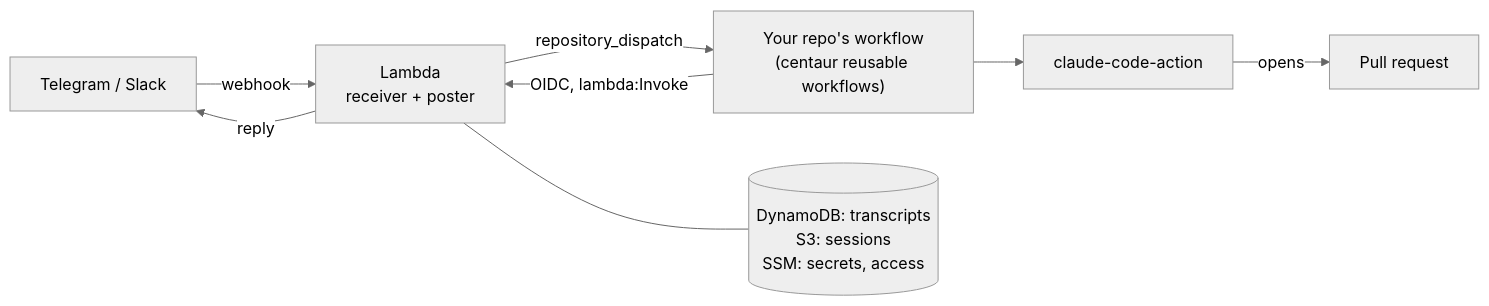
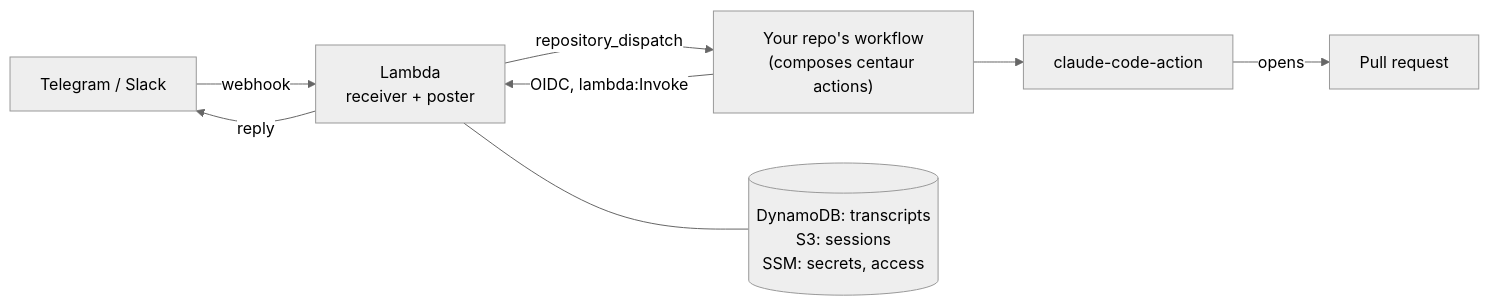
The diagram in README.md (blevinstein/centaur), drawn with Mermaid (neutral theme) before and after one commit. The commit also changed other lines of this file and 17 other files, not shown here.

First line of the commit message:
Replace reusable workflows with composite actions

````diff
--- a/README.md
+++ b/README.md
@@ -25,10 +25,10 @@
 ```mermaid
 flowchart LR
   chat["Telegram / Slack"] -->|webhook| lambda["Lambda<br/>receiver + poster"]
-  lambda -->|repository_dispatch| wf["Your repo's workflow<br/>(centaur reusable workflows)"]
+  lambda -->|repository_dispatch| wf["Your repo's workflow<br/>(composes centaur actions)"]
   wf --> agent["claude-code-action"]
   agent -->|opens| pr["Pull request"]
   wf -->|"OIDC, lambda:Invoke"| lambda
   lambda -->|reply| chat
   lambda --- state[("DynamoDB: transcripts<br/>S3: sessions<br/>SSM: secrets, access")]
 ```
````
